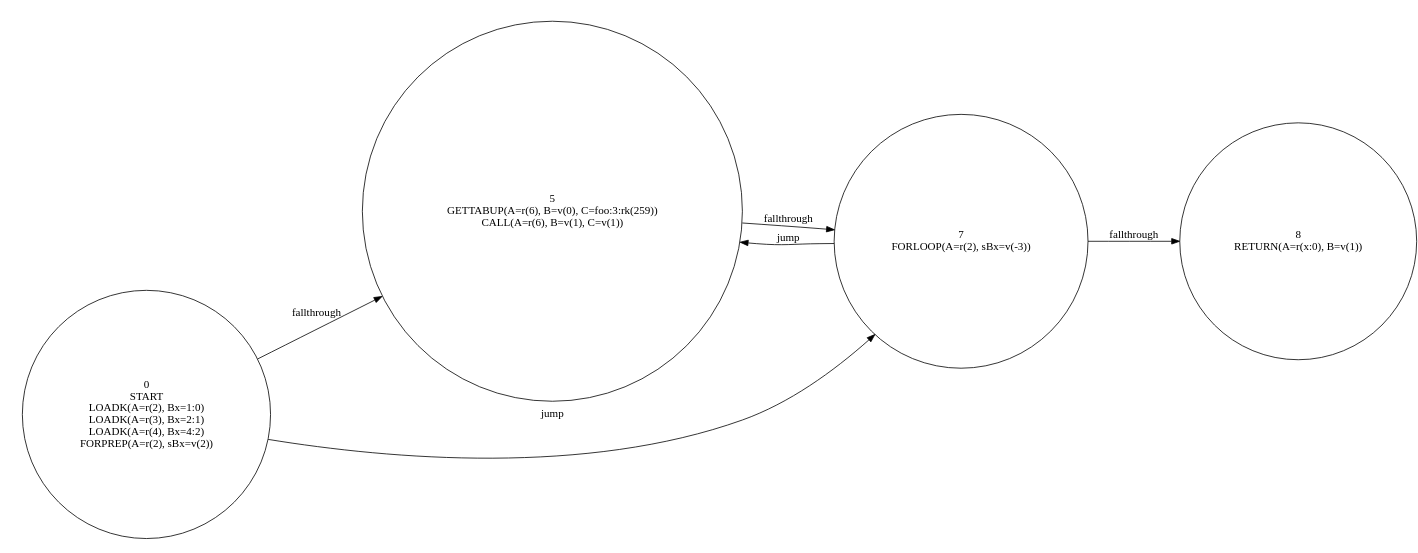
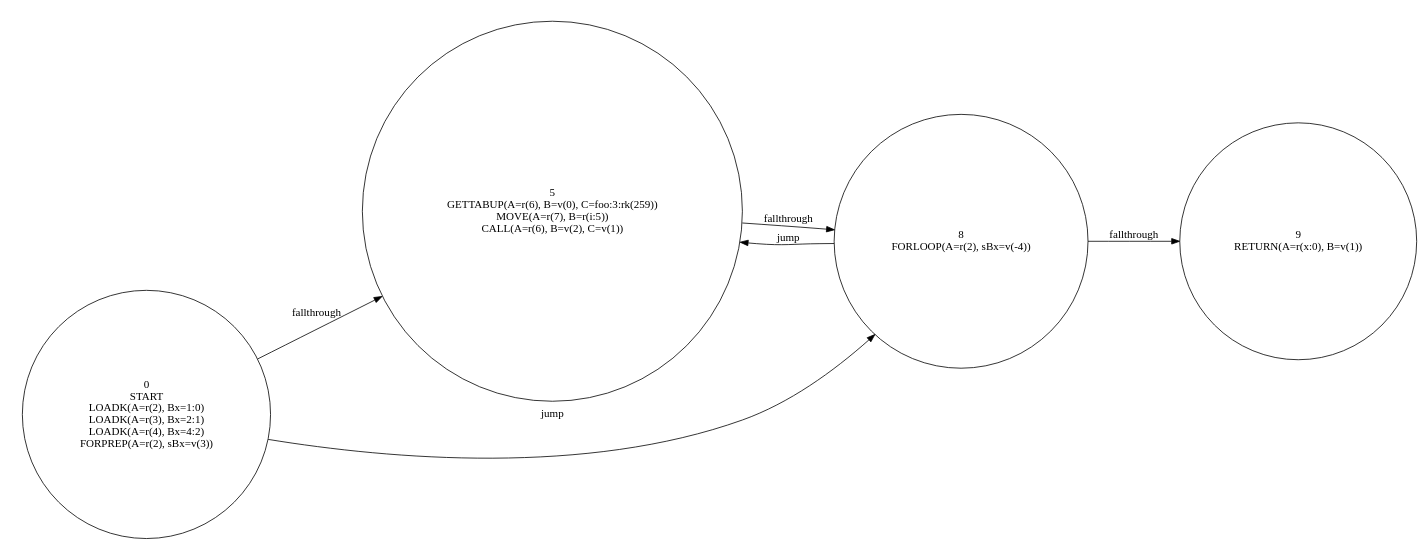
Before and after one commit to leegao/LuaInLua: the diagram in testing/test.dot, drawn with Graphviz. The commit also changed 3 other files, not shown here.

```diff
--- a/testing/test.dot
+++ b/testing/test.dot
@@ -1,23 +1,24 @@
 digraph {
   rankdir=LR;
   size="8,5"
   node[shape=circle,label=""];
   0 [label="0
 START
 LOADK(A=r(2), Bx=1:0)
 LOADK(A=r(3), Bx=2:1)
 LOADK(A=r(4), Bx=4:2)
-FORPREP(A=r(2), sBx=v(2))"];
+FORPREP(A=r(2), sBx=v(3))"];
   5 [label="5
 GETTABUP(A=r(6), B=v(0), C=foo:3:rk(259))
-CALL(A=r(6), B=v(1), C=v(1))"];
+MOVE(A=r(7), B=r(i:5))
+CALL(A=r(6), B=v(2), C=v(1))"];
   8 [label="8
+FORLOOP(A=r(2), sBx=v(-4))"];
+  9 [label="9
 RETURN(A=r(x:0), B=v(1))"];
-  7 [label="7
-FORLOOP(A=r(2), sBx=v(-3))"];
   0 -> 5[label="fallthrough"];
-  0 -> 7[label="jump"];
-  5 -> 7[label="fallthrough"];
-  7 -> 5[label="jump"];
-  7 -> 8[label="fallthrough"];
+  0 -> 8[label="jump"];
+  5 -> 8[label="fallthrough"];
+  8 -> 5[label="jump"];
+  8 -> 9[label="fallthrough"];
 }
```
